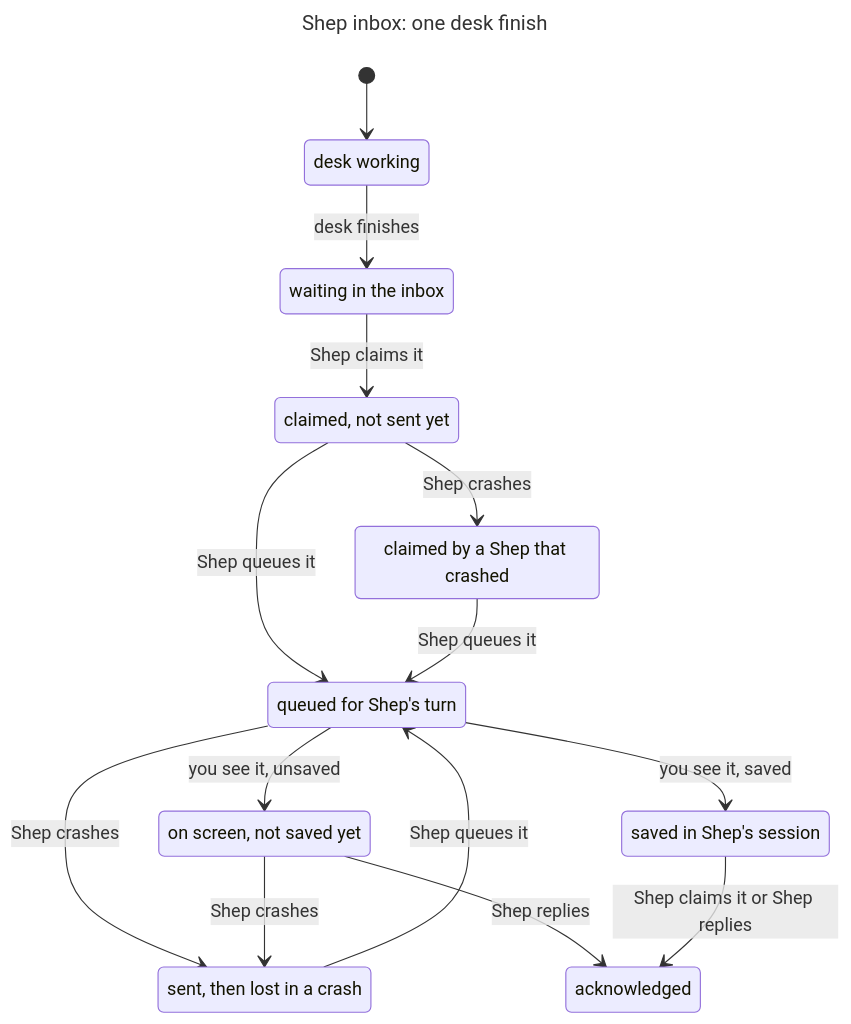
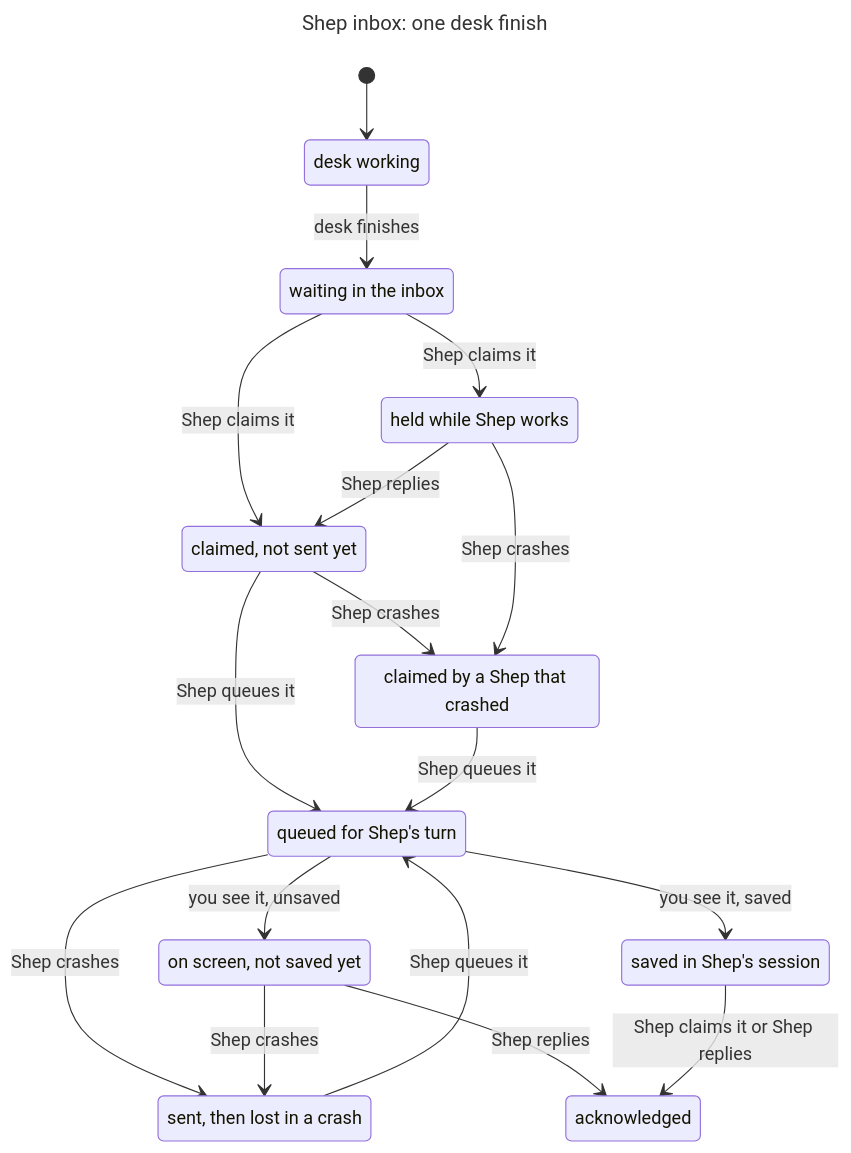
One commit to simoncrypta/bercail changed the diagram in tests/statechart/shep-inbox/chart/chart.pi.md. Above: the diagram before and after it, drawn with Mermaid. The commit also changed other lines of this file and 20 other files, not shown here.

````diff
--- a/tests/statechart/shep-inbox/chart/chart.pi.md
+++ b/tests/statechart/shep-inbox/chart/chart.pi.md
@@ -1,28 +1,32 @@
 ```mermaid
 ---
 title: "Shep inbox: one desk finish"
 ---
 stateDiagram-v2
   s0: desk working
   s1: waiting in the inbox
   s2: claimed, not sent yet
-  s3: claimed by a Shep that crashed
-  s4: queued for Shep's turn
-  s5: on screen, not saved yet
-  s6: sent, then lost in a crash
-  s7: saved in Shep's session
-  s8: acknowledged
+  s3: held while Shep works
+  s4: claimed by a Shep that crashed
+  s5: queued for Shep's turn
+  s6: on screen, not saved yet
+  s7: sent, then lost in a crash
+  s8: saved in Shep's session
+  s9: acknowledged
   [*] --> s0
   s0 --> s1: desk finishes
   s1 --> s2: Shep claims it
-  s2 --> s3: Shep crashes
-  s2 --> s4: Shep queues it
-  s4 --> s5: you see it, unsaved
-  s4 --> s6: Shep crashes
-  s4 --> s7: you see it, saved
-  s5 --> s6: Shep crashes
-  s5 --> s8: Shep replies
-  s7 --> s8: Shep claims it or Shep replies
-  s3 --> s4: Shep queues it
-  s6 --> s4: Shep queues it
+  s2 --> s4: Shep crashes
+  s1 --> s3: Shep claims it
+  s3 --> s4: Shep crashes
+  s2 --> s5: Shep queues it
+  s5 --> s6: you see it, unsaved
+  s5 --> s7: Shep crashes
+  s5 --> s8: you see it, saved
+  s6 --> s7: Shep crashes
+  s6 --> s9: Shep replies
+  s3 --> s2: Shep replies
+  s8 --> s9: Shep claims it or Shep replies
+  s4 --> s5: Shep queues it
+  s7 --> s5: Shep queues it
 ```
````
